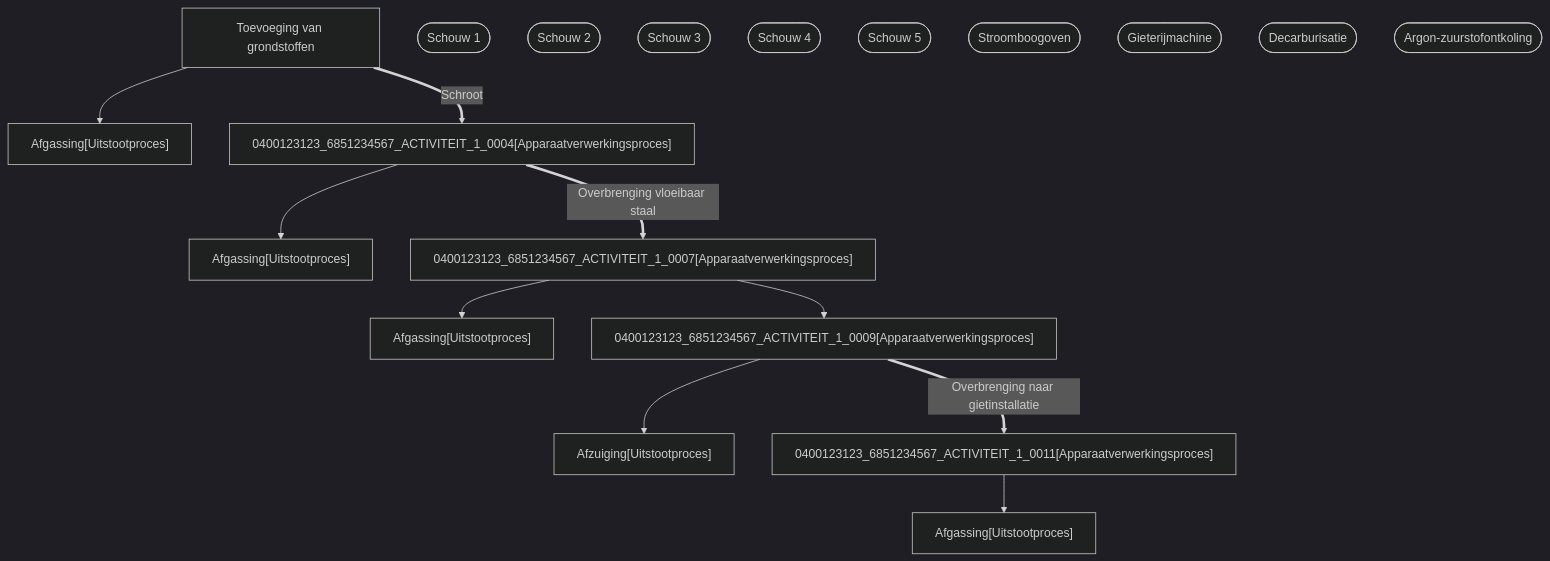
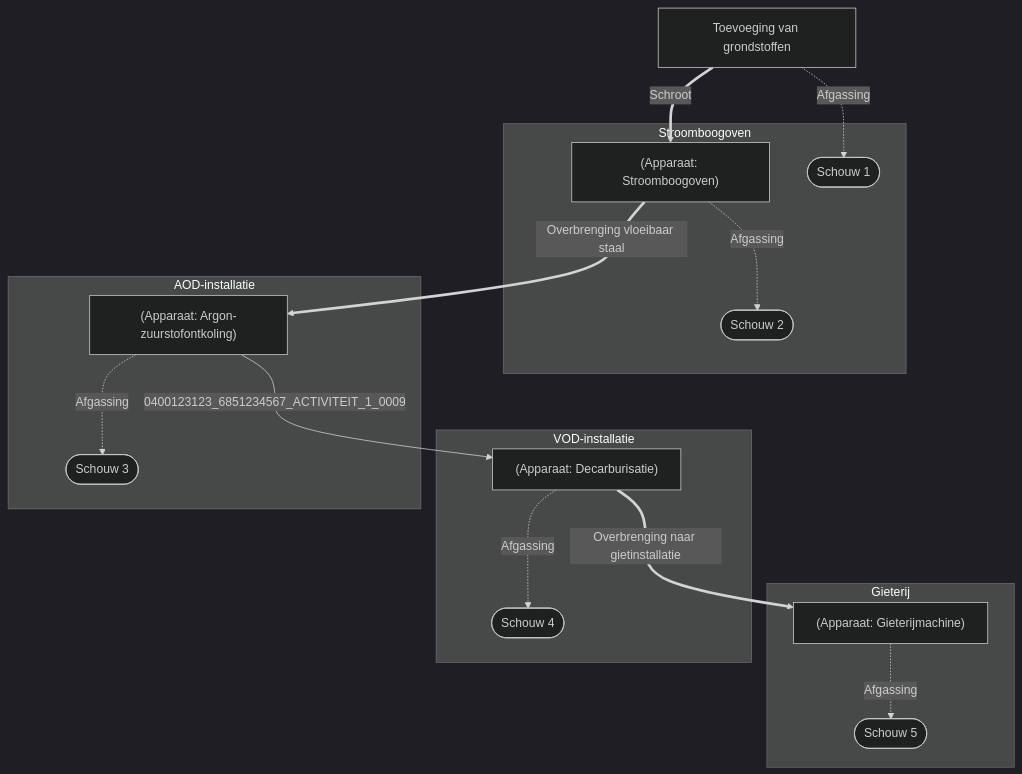
Before and after one commit to milieuinfo/RIE-IEPR: the diagram in documentatie/bin/activiteit-visualisatie/staalfabriek.mmd, drawn with Mermaid (dark theme). The commit also changed 2 other files, not shown here.

Commit message:
chore: tool voor visualisatie stappen -> schema

```diff
--- a/documentatie/bin/activiteit-visualisatie/staalfabriek.mmd
+++ b/documentatie/bin/activiteit-visualisatie/staalfabriek.mmd
@@ -1,30 +1,38 @@
 flowchart TD
     step0["Toevoeging van grondstoffen"]
-    step1["Afgassing[Uitstootproces]"]
-    step3["0400123123_6851234567_ACTIVITEIT_1_0004[Apparaatverwerkingsproces]"]
-    step4["Afgassing[Uitstootproces]"]
-    step6["0400123123_6851234567_ACTIVITEIT_1_0007[Apparaatverwerkingsproces]"]
-    step7["Afgassing[Uitstootproces]"]
-    step8["0400123123_6851234567_ACTIVITEIT_1_0009[Apparaatverwerkingsproces]"]
-    step9["Afzuiging[Uitstootproces]"]
-    step11["0400123123_6851234567_ACTIVITEIT_1_0011[Apparaatverwerkingsproces]"]
-    step12["Afgassing[Uitstootproces]"]
+    step3["(Apparaat: Stroomboogoven)"]
+    step6["(Apparaat: Argon-zuurstofontkoling)"]
+    step8["(Apparaat: Decarburisatie)"]
+    step11["(Apparaat: Gieterijmachine)"]
     emissiepunt0(["Schouw 1"])
     emissiepunt1(["Schouw 2"])
     emissiepunt2(["Schouw 3"])
     emissiepunt3(["Schouw 4"])
     emissiepunt4(["Schouw 5"])
-    apparaat0(["Stroomboogoven"])
-    apparaat1(["Gieterijmachine"])
-    apparaat2(["Decarburisatie"])
-    apparaat3(["Argon-zuurstofontkoling"])
+    subgraph Stroomboogoven
+        emissiepunt0
+        step3
+        emissiepunt1
+    end
+    subgraph Gieterij
+        step11
+        emissiepunt4
+    end
+    subgraph VOD-installatie
+        step8
+        emissiepunt3
+    end
+    subgraph AOD-installatie
+        step6
+        emissiepunt2
+    end
 
-    step0 --> step1
+    step0 -.->|Afgassing| emissiepunt0
     step0 ==>|Schroot| step3
-    step3 --> step4
+    step3 -.->|Afgassing| emissiepunt1
     step3 ==>|Overbrenging vloeibaar staal| step6
-    step6 --> step7
-    step6 --> step8
-    step8 --> step9
+    step6 -.->|Afgassing| emissiepunt2
+    step6 -->|0400123123_6851234567_ACTIVITEIT_1_0009| step8
+    step8 -.->|Afgassing| emissiepunt3
     step8 ==>|Overbrenging naar gietinstallatie| step11
-    step11 --> step12
+    step11 -.->|Afgassing| emissiepunt4
```
